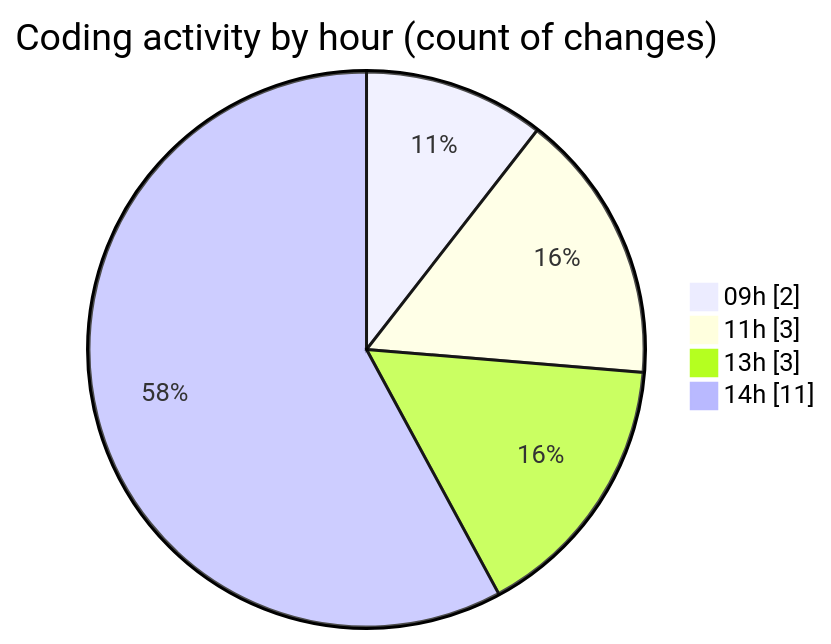
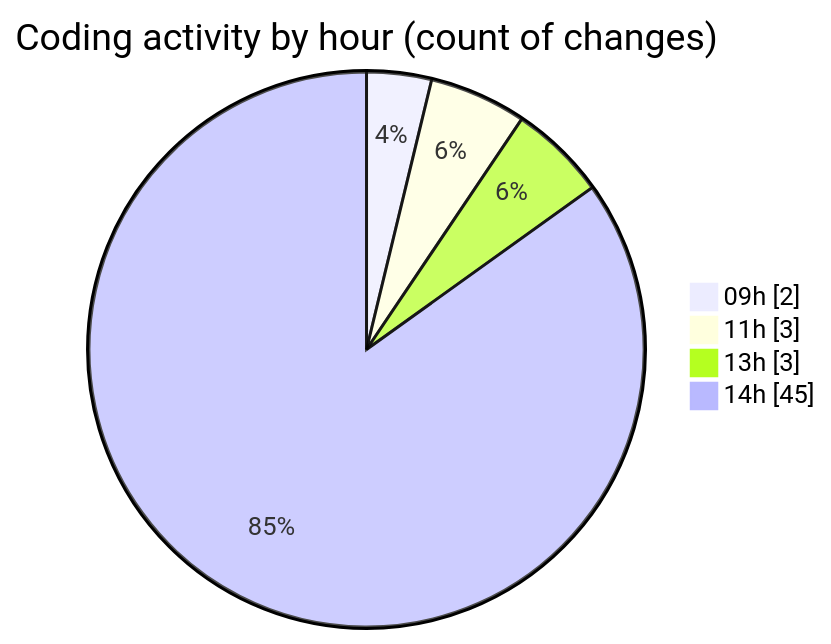
The second of 2 diagrams in 2025-11-10/eventscop-frontend-guide__workspace_/README.md (julien-gomy/code-tracking), drawn with Mermaid before and after one commit. The commit also changed other lines of this file and 1 other file, not shown here.

````diff
--- a/2025-11-10/eventscop-frontend-guide__workspace_/README.md
+++ b/2025-11-10/eventscop-frontend-guide__workspace_/README.md
@@ -35,8 +52,8 @@
 ```mermaid
 pie showData
 title Coding activity by hour (count of changes)
 "09h" : 2
 "11h" : 3
 "13h" : 3
-"14h" : 11
+"14h" : 45
 ```
````
